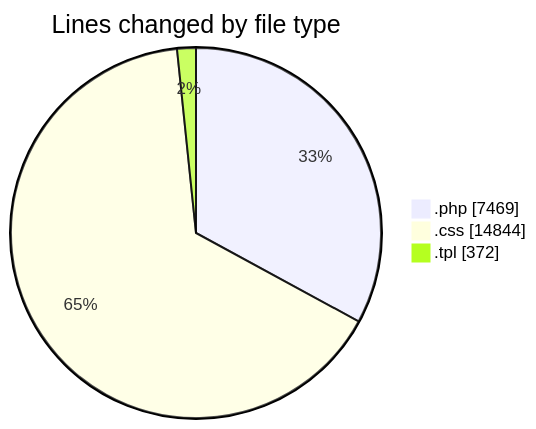
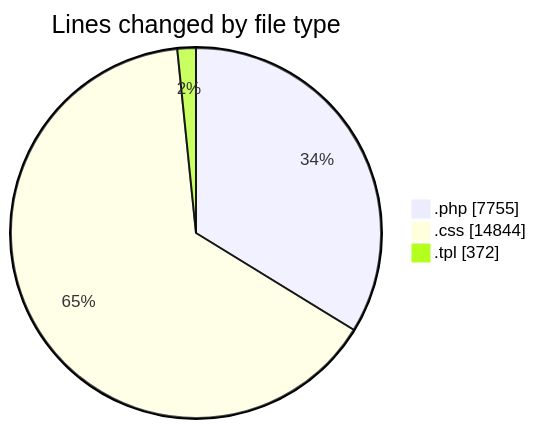
The first of 2 diagrams in 2025-04-17/zeytoon/README.md (vahidmafi/code-tracking), drawn with Mermaid before and after one commit. The commit also changed other lines of this file and 1 other file, not shown here.

````diff
--- a/2025-04-17/zeytoon/README.md
+++ b/2025-04-17/zeytoon/README.md
@@ -28,7 +29,7 @@
 ```mermaid
 pie showData
 title Lines changed by file type
-".php" : 7469
+".php" : 7755
 ".css" : 14844
 ".tpl" : 372
 ```
````
